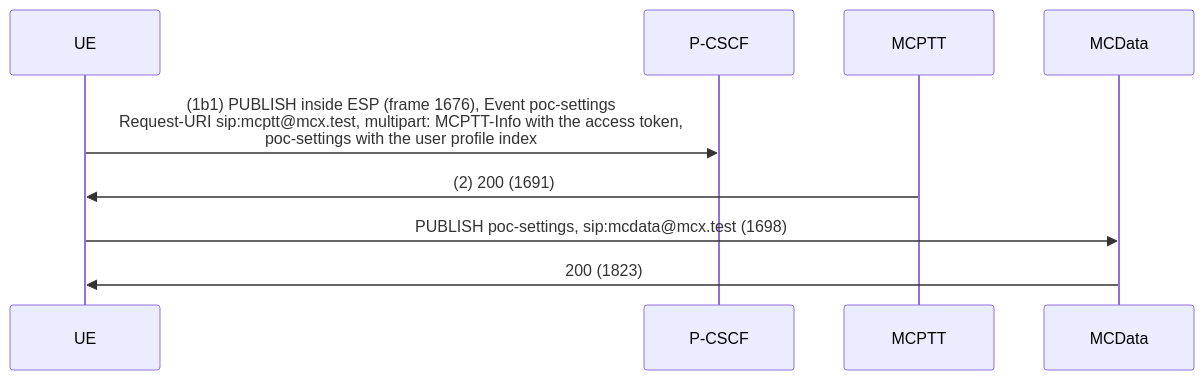
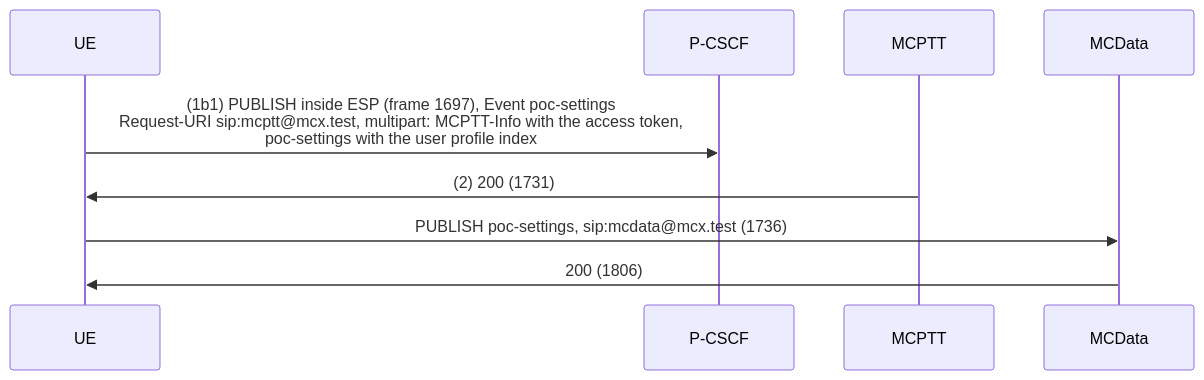
The sixth of 9 diagrams in tutorials/end-to-end/10-openmcx-ue-conformance-check/CALL_FLOW.md (openMCX/openmcx-server), drawn with Mermaid before and after one commit. The commit also changed other lines of this file and 19 other files, not shown here.

````diff
--- a/tutorials/end-to-end/10-openmcx-ue-conformance-check/CALL_FLOW.md
+++ b/tutorials/end-to-end/10-openmcx-ue-conformance-check/CALL_FLOW.md
@@ -196,11 +199,11 @@
 ```mermaid
 sequenceDiagram
     participant UE
     participant PC as P-CSCF
     participant AS as MCPTT
     participant MD as MCData
-    UE->>PC: (1b1) PUBLISH inside ESP (frame 1676), Event poc-settings<br/>Request-URI sip:mcptt@mcx.test, multipart: MCPTT-Info with the access token,<br/>poc-settings with the user profile index
-    AS->>UE: (2) 200 (1691)
-    UE->>MD: PUBLISH poc-settings, sip:mcdata@mcx.test (1698)
-    MD->>UE: 200 (1823)
+    UE->>PC: (1b1) PUBLISH inside ESP (frame 1697), Event poc-settings<br/>Request-URI sip:mcptt@mcx.test, multipart: MCPTT-Info with the access token,<br/>poc-settings with the user profile index
+    AS->>UE: (2) 200 (1731)
+    UE->>MD: PUBLISH poc-settings, sip:mcdata@mcx.test (1736)
+    MD->>UE: 200 (1806)
 ```
````
